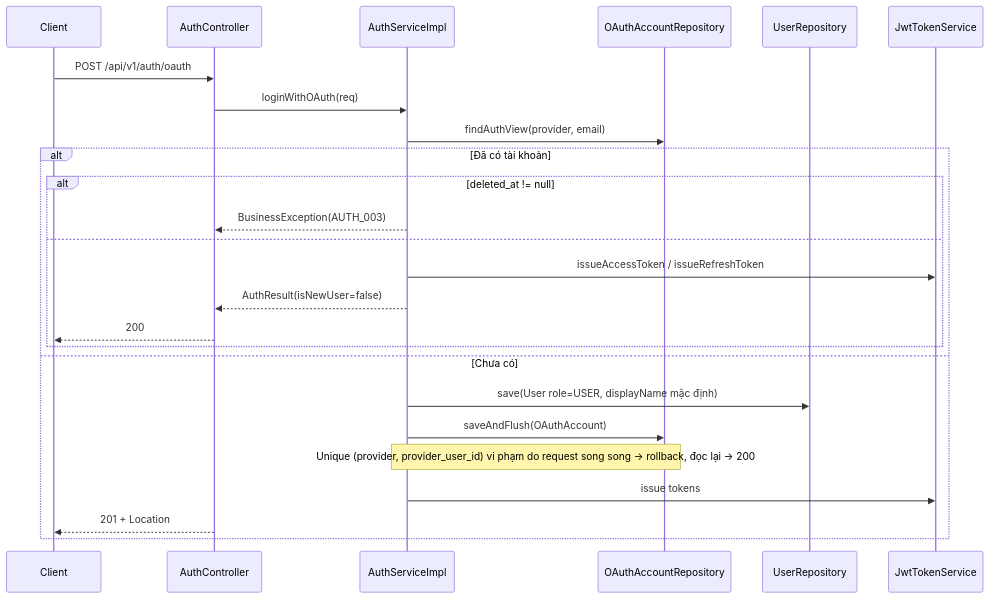
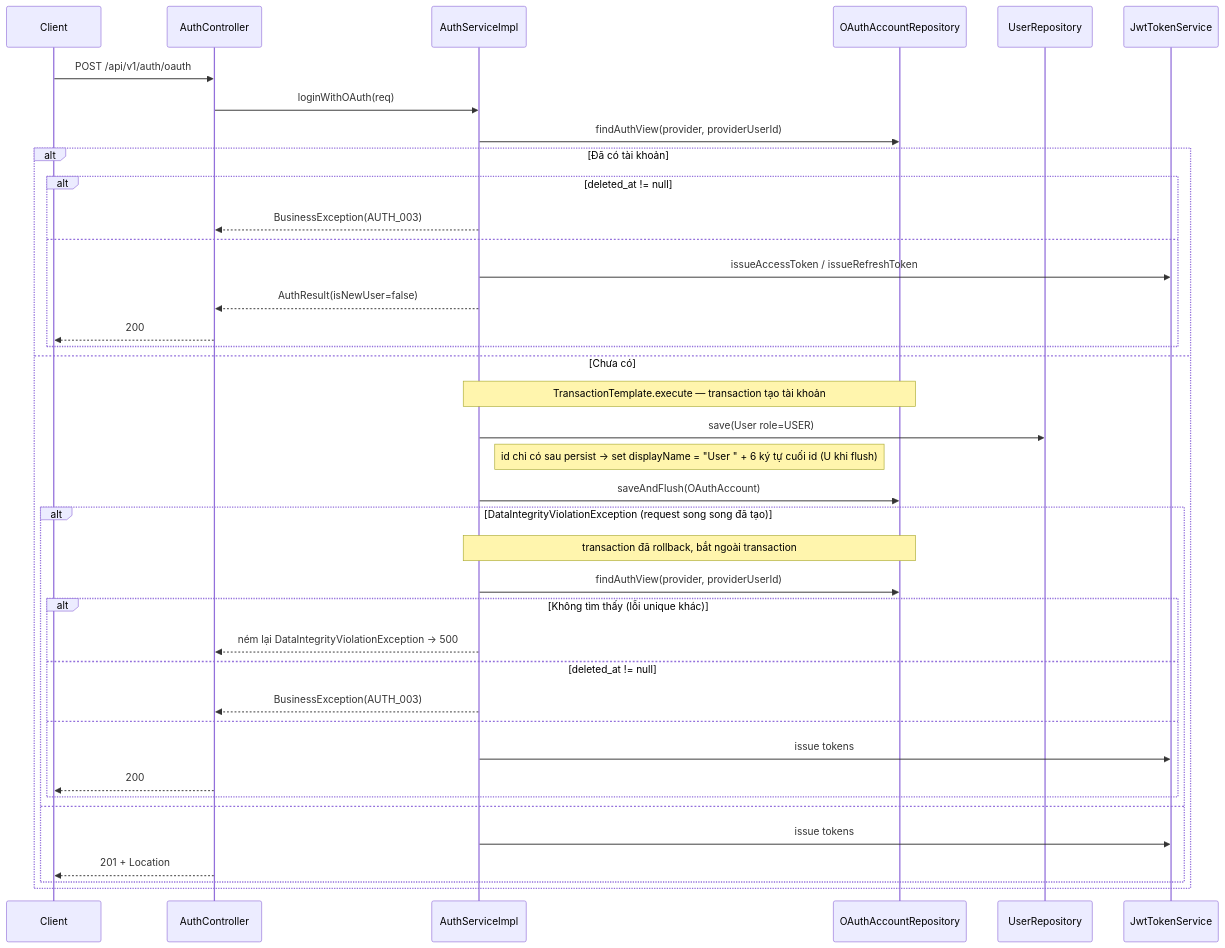
The first of 3 diagrams in docs/agent/design/USER-001/Processing_Flow.md (phananh2005/ArenaFlow-be), drawn with Mermaid before and after one commit. The commit also changed other lines of this file and 4 other files, not shown here.

````diff
--- a/docs/agent/design/USER-001/Processing_Flow.md
+++ b/docs/agent/design/USER-001/Processing_Flow.md
@@ -24,28 +24,42 @@
 ```mermaid
 sequenceDiagram
     participant C as Client
     participant AC as AuthController
     participant AS as AuthServiceImpl
     participant OR as OAuthAccountRepository
     participant UR as UserRepository
     participant JW as JwtTokenService
 
     C->>AC: POST /api/v1/auth/oauth
     AC->>AS: loginWithOAuth(req)
-    AS->>OR: findAuthView(provider, email)
+    AS->>OR: findAuthView(provider, providerUserId)
     alt Đã có tài khoản
         alt deleted_at != null
             AS-->>AC: BusinessException(AUTH_003)
         else
             AS->>JW: issueAccessToken / issueRefreshToken
             AS-->>AC: AuthResult(isNewUser=false)
             AC-->>C: 200
         end
     else Chưa có
-        AS->>UR: save(User role=USER, displayName mặc định)
+        Note over AS,OR: TransactionTemplate.execute — transaction tạo tài khoản
+        AS->>UR: save(User role=USER)
+        Note right of AS: id chỉ có sau persist → set displayName = "User " + 6 ký tự cuối id (U khi flush)
         AS->>OR: saveAndFlush(OAuthAccount)
-        Note over AS,OR: Unique (provider, provider_user_id) vi phạm do request song song → rollback, đọc lại → 200
-        AS->>JW: issue tokens
-        AC-->>C: 201 + Location
+        alt DataIntegrityViolationException (request song song đã tạo)
+            Note over AS,OR: transaction đã rollback, bắt ngoài transaction
+            AS->>OR: findAuthView(provider, providerUserId)
+            alt Không tìm thấy (lỗi unique khác)
+                AS-->>AC: ném lại DataIntegrityViolationException → 500
+            else deleted_at != null
+                AS-->>AC: BusinessException(AUTH_003)
+            else
+                AS->>JW: issue tokens
+                AC-->>C: 200
+            end
+        else
+            AS->>JW: issue tokens
+            AC-->>C: 201 + Location
+        end
     end
 ```
````
